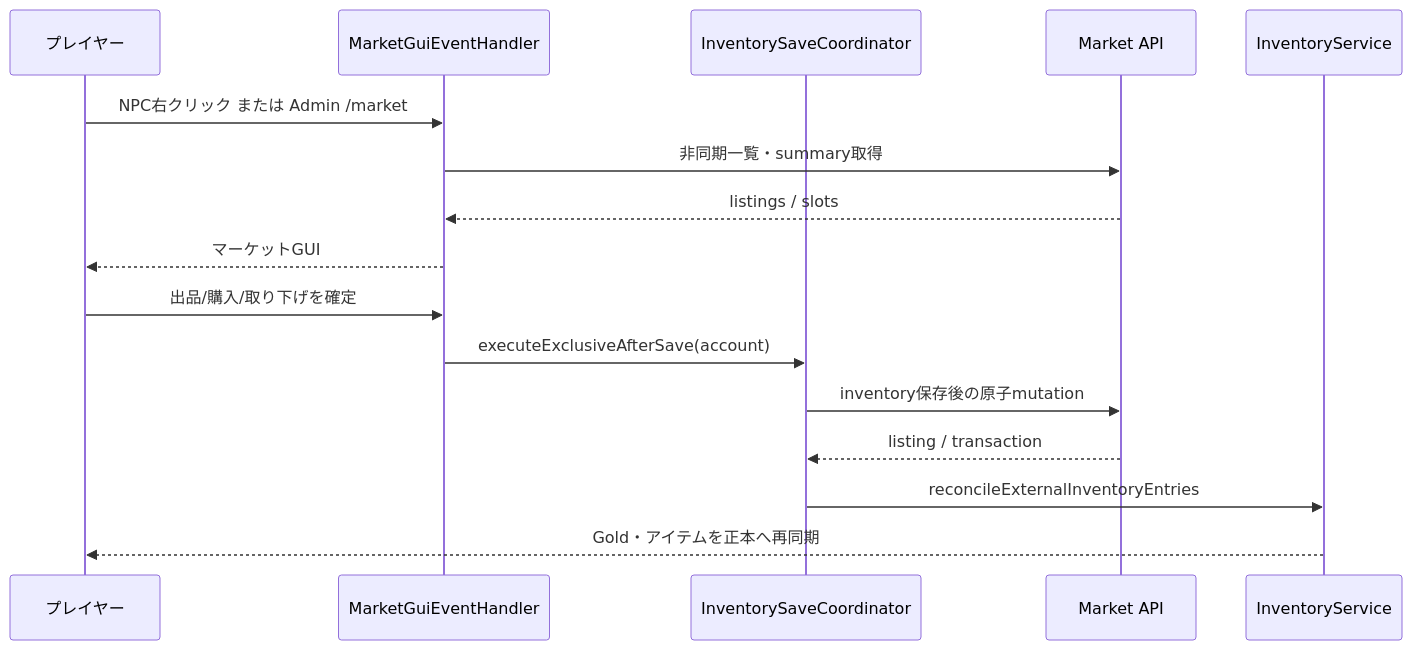
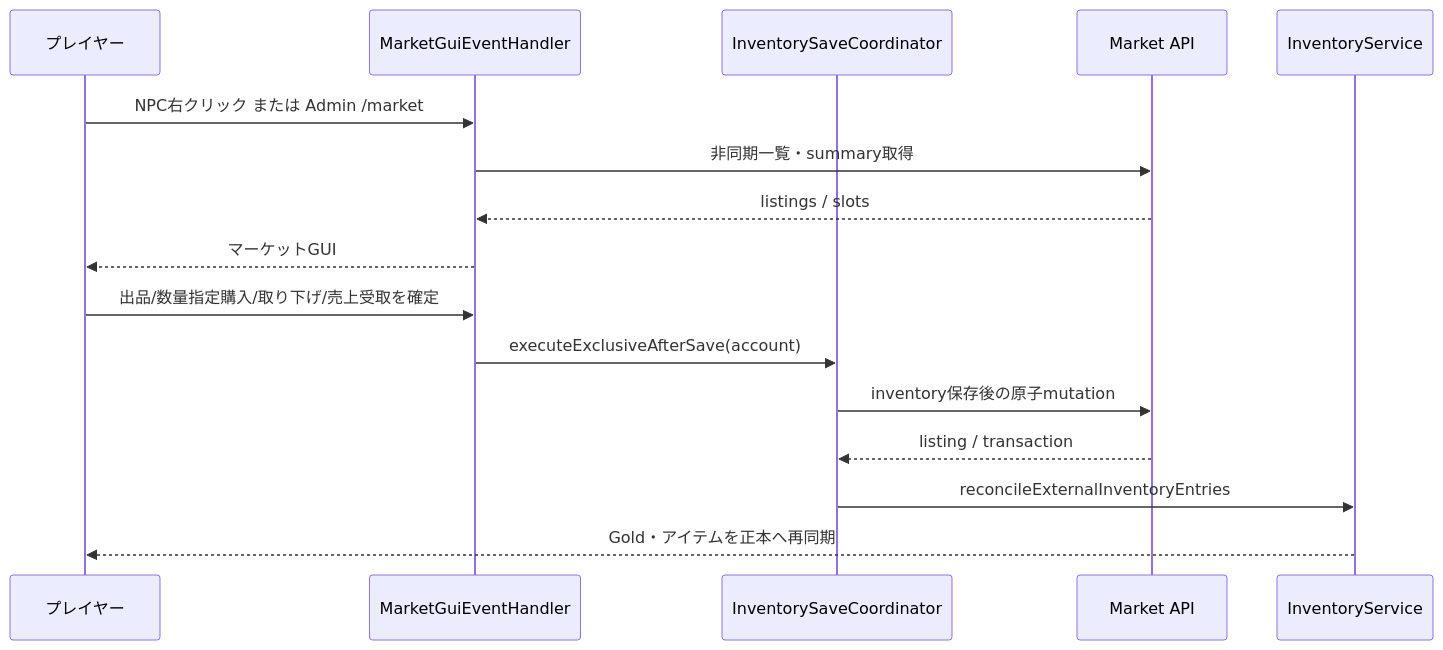
The fifth of 5 diagrams in 00_docs/10_Plugin設計書/feature/23-market/23_4-統合フロー.md (maaasu/AstralRecord-Workspace), drawn with Mermaid before and after one commit. The commit also changed other lines of this file and 52 other files, not shown here.

````diff
--- a/00_docs/10_Plugin設計書/feature/23-market/23_4-統合フロー.md
+++ b/00_docs/10_Plugin設計書/feature/23-market/23_4-統合フロー.md
@@ -121,18 +122,18 @@
 ```mermaid
 sequenceDiagram
     participant Player as プレイヤー
     participant GUI as MarketGuiEventHandler
     participant Save as InventorySaveCoordinator
     participant API as Market API
     participant Inv as InventoryService
     Player->>GUI: NPC右クリック または Admin /market
     GUI->>API: 非同期一覧・summary取得
     API-->>GUI: listings / slots
     GUI-->>Player: マーケットGUI
-    Player->>GUI: 出品/購入/取り下げを確定
+    Player->>GUI: 出品/数量指定購入/取り下げ/売上受取を確定
     GUI->>Save: executeExclusiveAfterSave(account)
     Save->>API: inventory保存後の原子mutation
     API-->>Save: listing / transaction
     Save->>Inv: reconcileExternalInventoryEntries
     Inv-->>Player: Gold・アイテムを正本へ再同期
 ```
````
